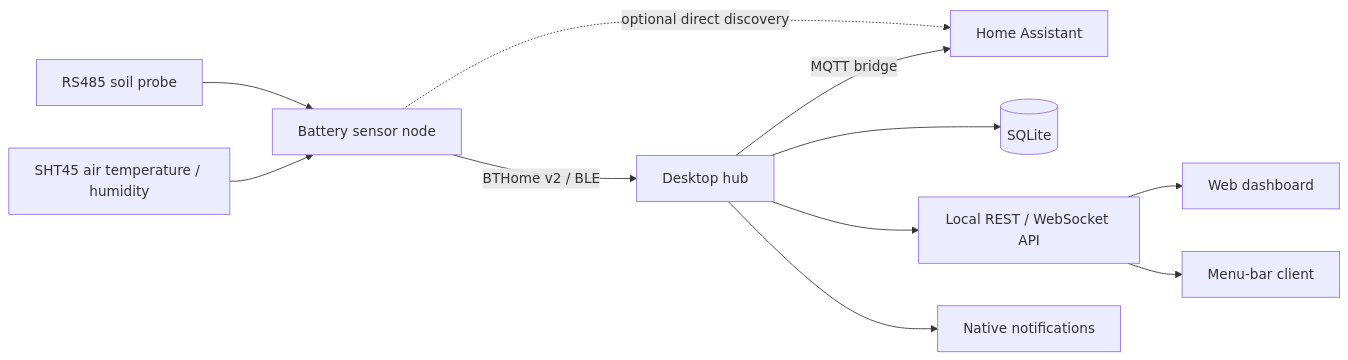
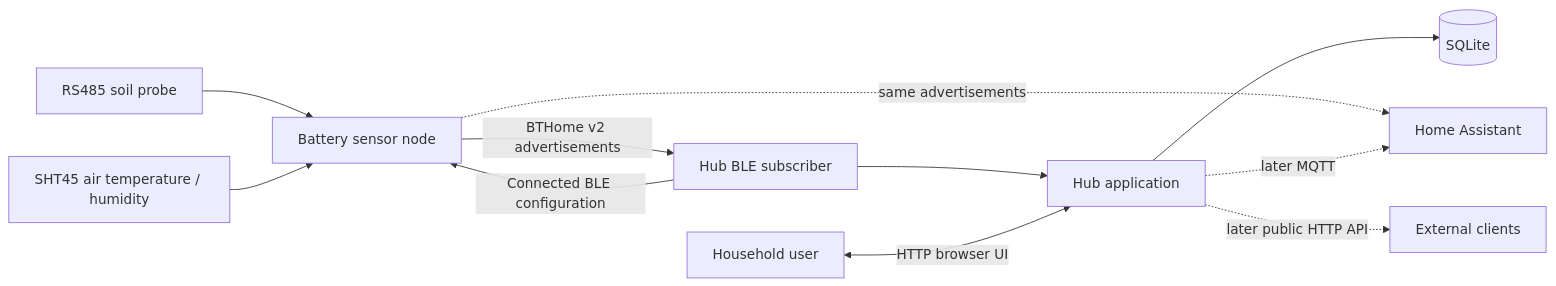
The first of 2 diagrams in docs/architecture.md (keefo/open-plant-pulse), drawn with Mermaid before and after one commit. The commit also changed other lines of this file and 11 other files, not shown here.

First line of the commit message:
Update documentation for BLE ingestion, device configuration, and bench results

````diff
--- a/docs/architecture.md
+++ b/docs/architecture.md
@@ -5,13 +5,13 @@
 ```mermaid
 flowchart LR
-        Probe[RS485 soil probe] --> Sensor[Battery sensor node]
-        Air[SHT45 air temperature / humidity] --> Sensor
-        Sensor -->|BTHome v2 / BLE| Hub[Desktop hub]
-        Sensor -.->|optional direct discovery| HA[Home Assistant]
-        Hub --> DB[(SQLite)]
-        Hub --> API[Local REST / WebSocket API]
-        Hub --> Notify[Native notifications]
-        Hub -->|MQTT bridge| HA
-        API --> Web[Web dashboard]
-        API --> Menu[Menu-bar client]
+    Probe[RS485 soil probe] --> Sensor[Battery sensor node]
+    Air[SHT45 air temperature / humidity] --> Sensor
+    Sensor -->|BTHome v2 advertisements| Subscriber[Hub BLE subscriber]
+    Subscriber -->|Connected BLE configuration| Sensor
+    Subscriber --> Hub[Hub application]
+    Hub --> DB[(SQLite)]
+    User[Household user] <-->|HTTP browser UI| Hub
+    Sensor -.->|same advertisements| HA[Home Assistant]
+    Hub -.->|later MQTT| HA
+    Hub -.->|later public HTTP API| Clients[External clients]
 ```
````
